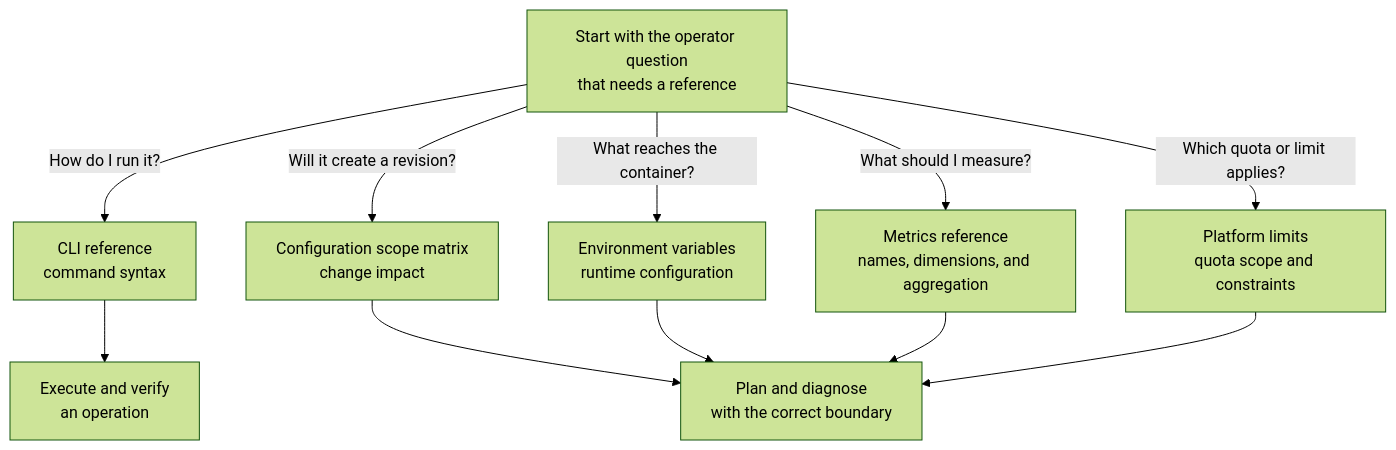
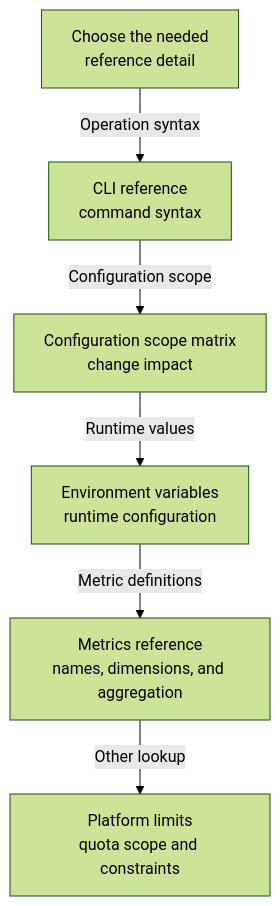
One commit to yeongseon/azure-container-apps-practical-guide changed the diagram in docs/reference/index.md. Above: the diagram before and after it, drawn with Mermaid (forest theme). The commit also changed other lines of this file and 15 other files, not shown here.

First line of the commit message:
fix(diagrams): correct runtime, tutorial topology and CI/CD diagram paths and record review (#639)

````diff
--- a/docs/reference/index.md
+++ b/docs/reference/index.md
@@ -27,25 +27,18 @@
 ```mermaid
 flowchart TD
     accTitle: Choose a Container Apps reference by operator question
-    accDescr: Start from the question you need to answer, then choose command syntax, configuration scope, environment variables, metrics, or platform quotas and limits.
+    accDescr: Scan the narrow reference path from operation syntax through configuration scope, runtime values, metric definitions, and platform limits. Stop at the first destination that matches the information you need.
 
-    QUESTION[Start with the operator question<br/>that needs a reference]
+    START["Choose the needed<br/>reference detail"]
     CLI[CLI reference<br/>command syntax]
     SCOPE[Configuration scope matrix<br/>change impact]
     ENV[Environment variables<br/>runtime configuration]
     METRICS[Metrics reference<br/>names, dimensions, and aggregation]
     LIMITS[Platform limits<br/>quota scope and constraints]
-    EXECUTE[Execute and verify<br/>an operation]
-    PLAN[Plan and diagnose<br/>with the correct boundary]
 
-    QUESTION -->|How do I run it?| CLI
-    QUESTION -->|Will it create a revision?| SCOPE
-    QUESTION -->|What reaches the container?| ENV
-    QUESTION -->|What should I measure?| METRICS
-    QUESTION -->|Which quota or limit applies?| LIMITS
-    CLI --> EXECUTE
-    SCOPE --> PLAN
-    ENV --> PLAN
-    METRICS --> PLAN
-    LIMITS --> PLAN
+    START -->|Operation syntax| CLI
+    CLI -->|Configuration scope| SCOPE
+    SCOPE -->|Runtime values| ENV
+    ENV -->|Metric definitions| METRICS
+    METRICS -->|Other lookup| LIMITS
 ```
````
